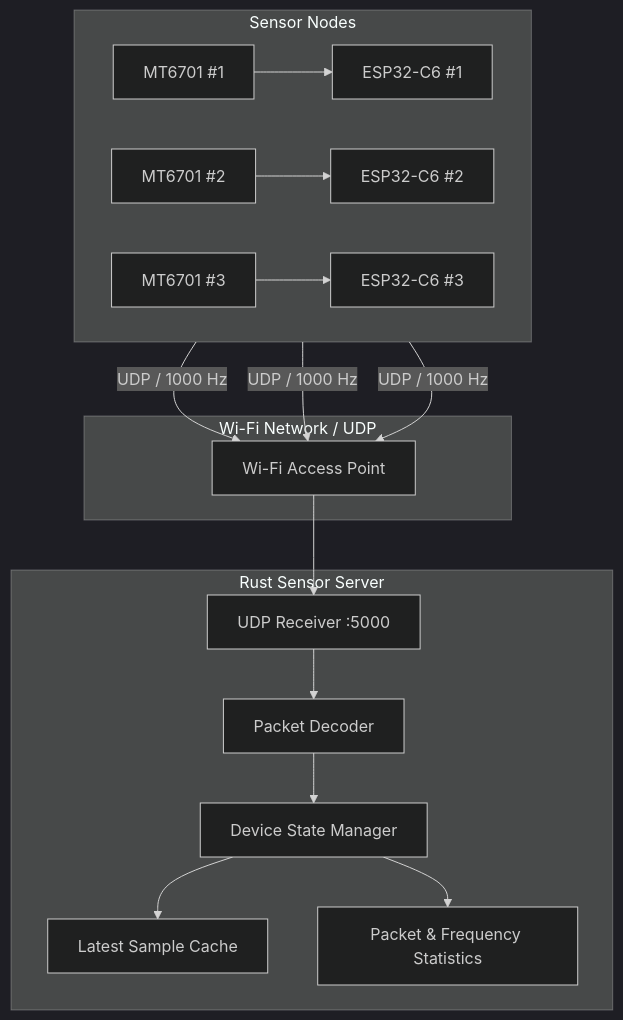
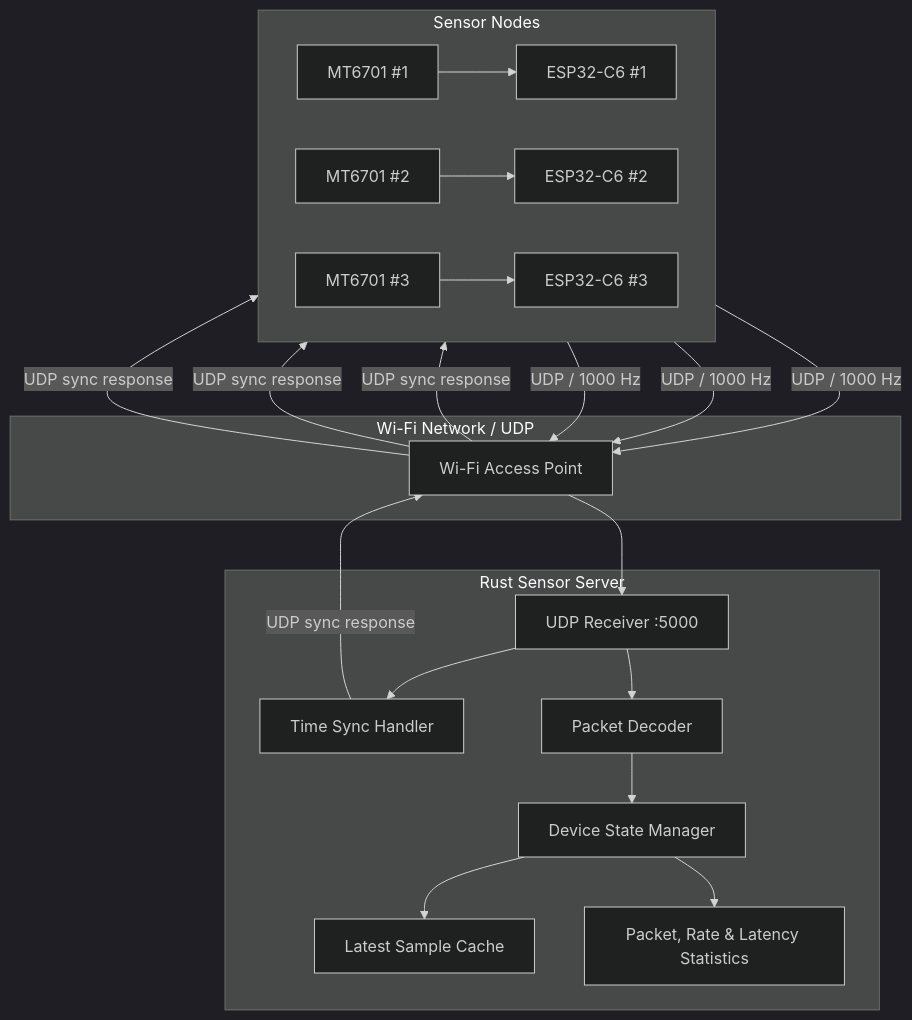
One commit to Neko-vecter/inverted-pendulum-sensor changed the first of 4 diagrams in docs/architecture.md. Above: the diagram before and after it, drawn with Mermaid (dark theme). The commit also changed other lines of this file and 9 other files, not shown here.

Commit message:
add time sync

````diff
--- a/docs/architecture.md
+++ b/docs/architecture.md
@@ -7,32 +7,38 @@
 ```mermaid
 flowchart TB
     subgraph Sensors["Sensor Nodes"]
         direction LR
         M1["MT6701 #1"] --> E1["ESP32-C6 #1"]
         M2["MT6701 #2"] --> E2["ESP32-C6 #2"]
         M3["MT6701 #3"] --> E3["ESP32-C6 #3"]
     end
 
     subgraph Network["Wi-Fi Network / UDP"]
         AP["Wi-Fi Access Point"]
     end
 
     subgraph Server["Rust Sensor Server"]
         UDP["UDP Receiver :5000"]
+        TimeSync["Time Sync Handler"]
         Decoder["Packet Decoder"]
         Manager["Device State Manager"]
         Cache["Latest Sample Cache"]
-        Stats["Packet & Frequency Statistics"]
+        Stats["Packet, Rate & Latency Statistics"]
 
+        UDP --> TimeSync
+        TimeSync -->|"UDP sync response"| AP
         UDP --> Decoder
         Decoder --> Manager
         Manager --> Cache
         Manager --> Stats
     end
 
     E1 -->|"UDP / 1000 Hz"| AP
     E2 -->|"UDP / 1000 Hz"| AP
     E3 -->|"UDP / 1000 Hz"| AP
 
     AP --> UDP
+    AP -->|"UDP sync response"| E1
+    AP -->|"UDP sync response"| E2
+    AP -->|"UDP sync response"| E3
 ```
````
